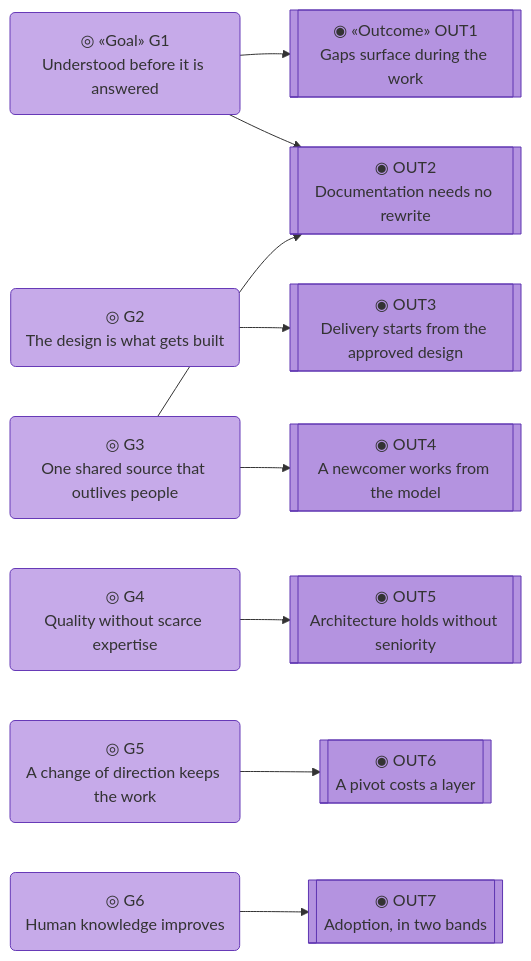
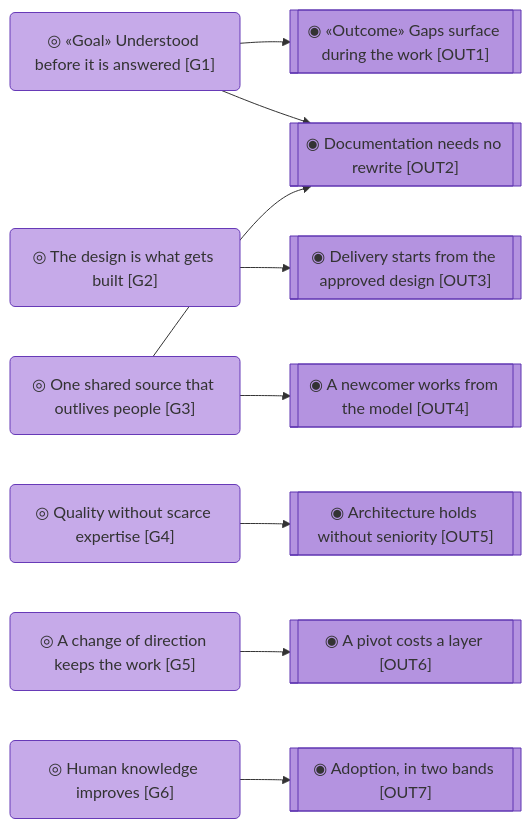
Before and after one commit to roanboc/architecture-archreator: the fifth of 7 diagrams in org-archreator/architecture/1_strategy/1_motivation.md, drawn with Mermaid. The commit also changed other lines of this file and 38 other files, not shown here.

````diff
--- a/org-archreator/architecture/1_strategy/1_motivation.md
+++ b/org-archreator/architecture/1_strategy/1_motivation.md
@@ -224,29 +224,29 @@
 ```mermaid
 flowchart LR
-  g1("◎ «Goal» G1<br>Understood before it is answered"):::goal
-  g2("◎ G2<br>The design is what gets built"):::goal
-  g3("◎ G3<br>One shared source that outlives people"):::goal
-  g4("◎ G4<br>Quality without scarce expertise"):::goal
-  g5("◎ G5<br>A change of direction keeps the work"):::goal
-  g6("◎ G6<br>Human knowledge improves"):::goal
+  g1("◎ «Goal» Understood before it is answered [G1]"):::goal
+  g2("◎ The design is what gets built [G2]"):::goal
+  g3("◎ One shared source that outlives people [G3]"):::goal
+  g4("◎ Quality without scarce expertise [G4]"):::goal
+  g5("◎ A change of direction keeps the work [G5]"):::goal
+  g6("◎ Human knowledge improves [G6]"):::goal
 
-  out1[["◉ «Outcome» OUT1<br>Gaps surface during the work"]]:::outcome
-  out2[["◉ OUT2<br>Documentation needs no rewrite"]]:::outcome
-  out3[["◉ OUT3<br>Delivery starts from the approved design"]]:::outcome
-  out4[["◉ OUT4<br>A newcomer works from the model"]]:::outcome
-  out5[["◉ OUT5<br>Architecture holds without seniority"]]:::outcome
-  out6[["◉ OUT6<br>A pivot costs a layer"]]:::outcome
-  out7[["◉ OUT7<br>Adoption, in two bands"]]:::outcome
+  out1[["◉ «Outcome» Gaps surface during the work [OUT1]"]]:::outcome
+  out2[["◉ Documentation needs no rewrite [OUT2]"]]:::outcome
+  out3[["◉ Delivery starts from the approved design [OUT3]"]]:::outcome
+  out4[["◉ A newcomer works from the model [OUT4]"]]:::outcome
+  out5[["◉ Architecture holds without seniority [OUT5]"]]:::outcome
+  out6[["◉ A pivot costs a layer [OUT6]"]]:::outcome
+  out7[["◉ Adoption, in two bands [OUT7]"]]:::outcome
 
   g1 --> out1
   g1 --> out2
   g3 --> out2
   g2 --> out3
   g3 --> out4
   g4 --> out5
   g5 --> out6
   g6 --> out7
 
   classDef goal fill:#c6aae9,stroke:#673ab7,color:#333
   classDef outcome fill:#b493e0,stroke:#5e35b1,color:#333
 ```
````
